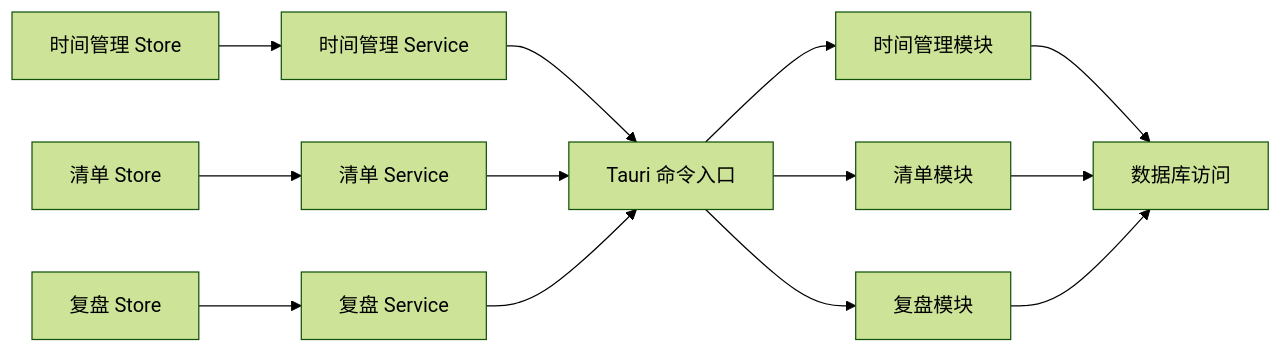
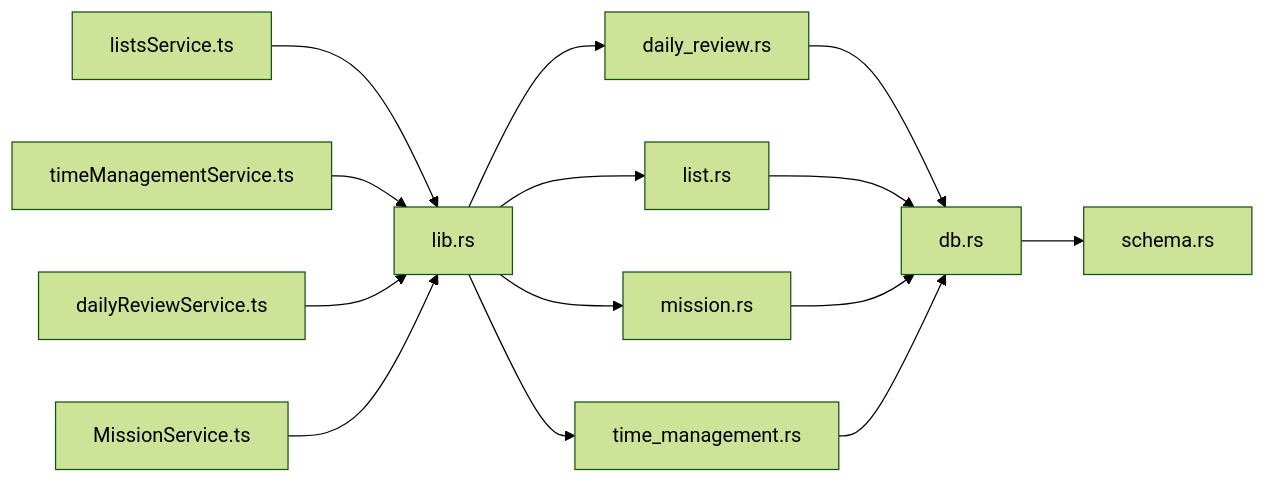
The seventh of 7 diagrams in .qoder/repowiki/zh/content/API 参考文档/API 参考文档.md (gzdxhujiale/FishWorker), drawn with Mermaid (forest theme) before and after one commit. The commit also changed other lines of this file and 238 other files, not shown here.

````diff
--- a/.qoder/repowiki/zh/content/API 参考文档/API 参考文档.md
+++ b/.qoder/repowiki/zh/content/API 参考文档/API 参考文档.md
@@ -366,15 +652,16 @@
 ```mermaid
 graph LR
-StoreTM["时间管理 Store"] --> ServiceTM["时间管理 Service"]
-StoreLS["清单 Store"] --> ServiceLS["清单 Service"]
-StoreDR["复盘 Store"] --> ServiceDR["复盘 Service"]
-ServiceTM --> TauriLib["Tauri 命令入口"]
-ServiceLS --> TauriLib
-ServiceDR --> TauriLib
-TauriLib --> ModTM["时间管理模块"]
-TauriLib --> ModLS["清单模块"]
-TauriLib --> ModDR["复盘模块"]
-ModTM --> DB["数据库访问"]
-ModLS --> DB
-ModDR --> DB
+Lib["lib.rs"] --> Daily["daily_review.rs"]
+Lib --> List["list.rs"]
+Lib --> Mission["mission.rs"]
+Lib --> Time["time_management.rs"]
+Daily --> DB["db.rs"]
+List --> DB
+Mission --> DB
+Time --> DB
+DB --> Schema["schema.rs"]
+FE_Lists["listsService.ts"] --> Lib
+FE_TM["timeManagementService.ts"] --> Lib
+FE_Daily["dailyReviewService.ts"] --> Lib
+FE_Mission["MissionService.ts"] --> Lib
 ```
````
